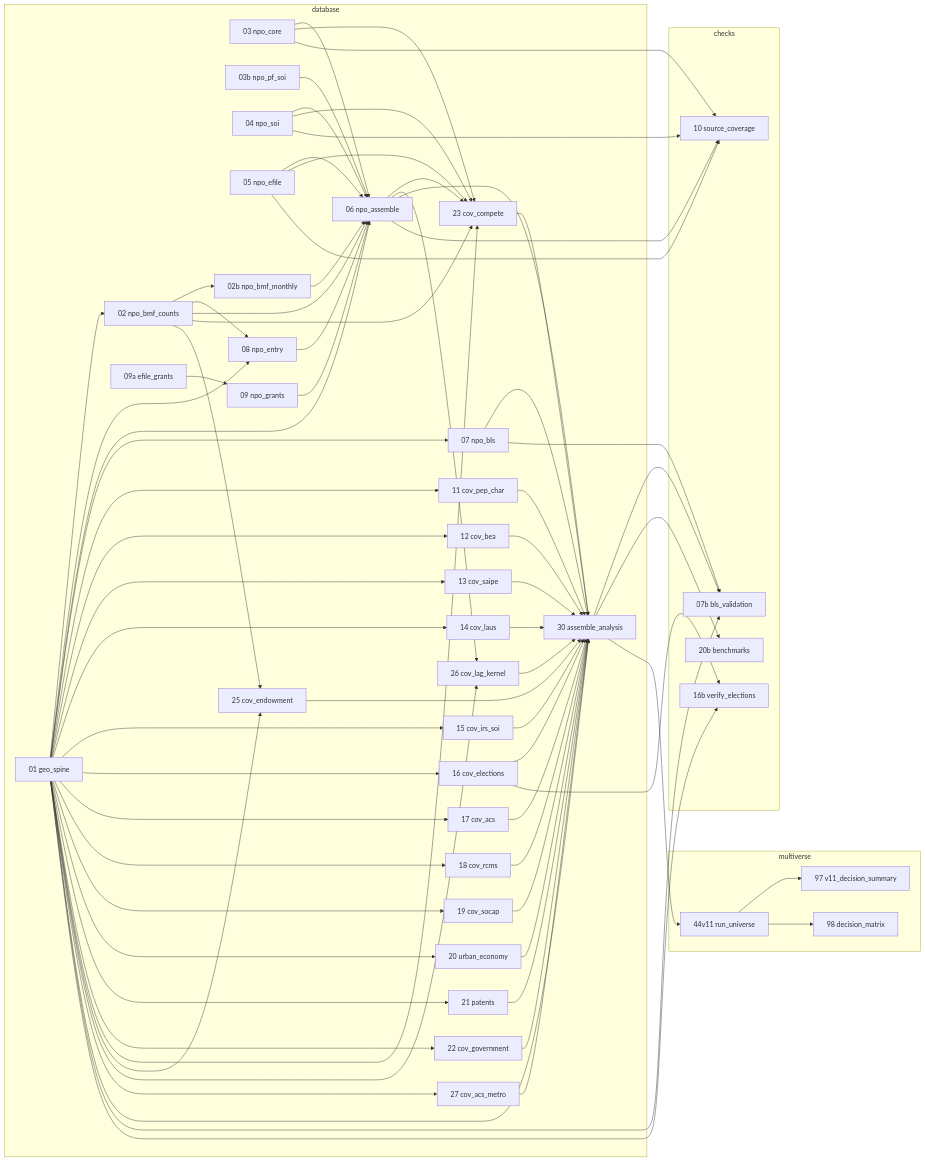
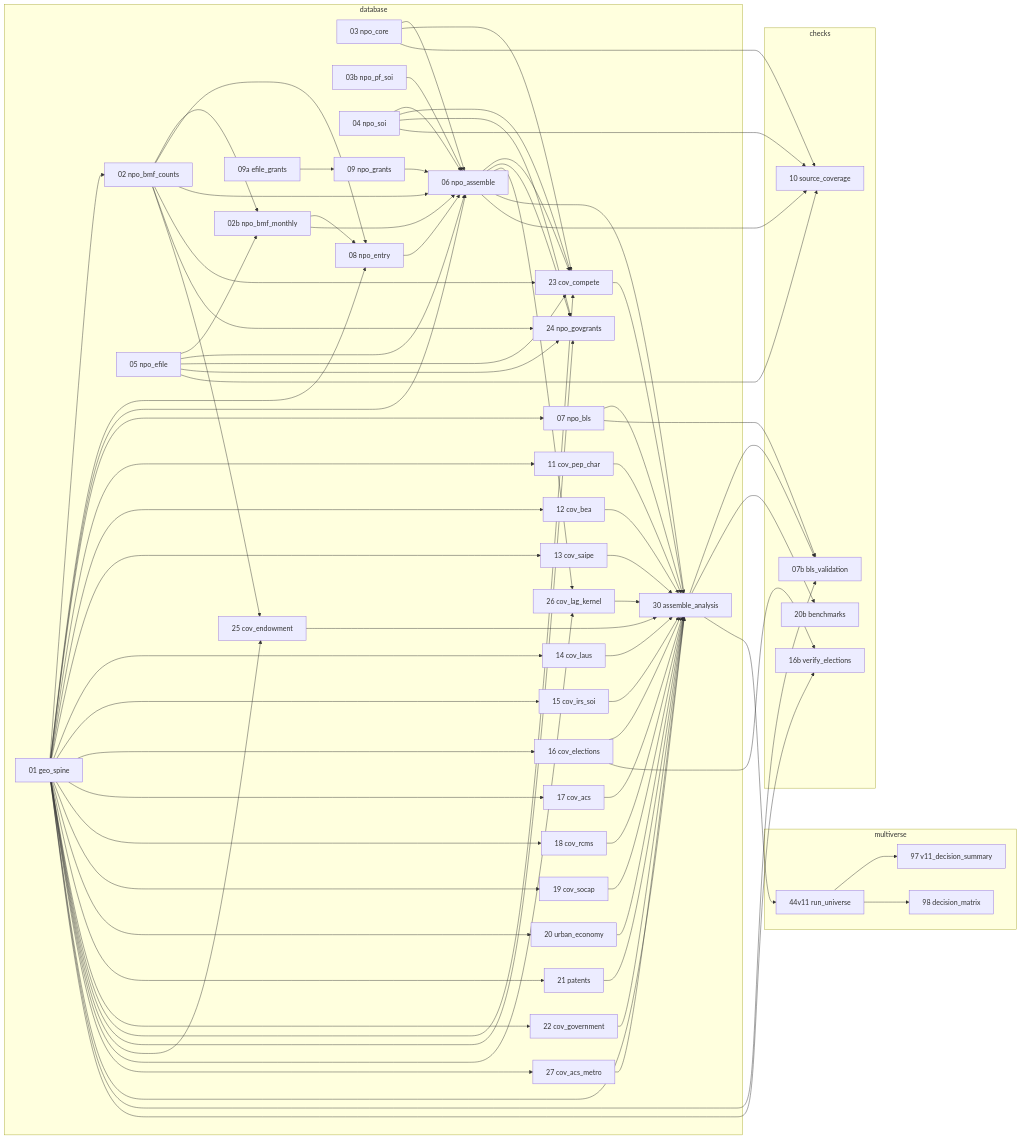
The diagram in env/pipeline_graph.md (lecy/multiverse), drawn with Mermaid before and after one commit. The commit also changed 10 other files, not shown here.

```diff
--- a/env/pipeline_graph.md
+++ b/env/pipeline_graph.md
@@ -31,6 +31,7 @@
     s21["21 patents"]
     s22["22 cov_government"]
     s23["23 cov_compete"]
+    s24["24 npo_govgrants"]
     s25["25 cov_endowment"]
     s26["26 cov_lag_kernel"]
     s27["27 cov_acs_metro"]
@@ -49,8 +50,10 @@
   end
   s01 --> s02
   s02 --> s02b
+  s05 --> s02b
   s01 --> s08
   s02 --> s08
+  s02b --> s08
   s09a --> s09
   s03 --> s06
   s04 --> s06
@@ -80,6 +83,11 @@
   s02 --> s23
   s06 --> s23
   s01 --> s23
+  s04 --> s24
+  s05 --> s24
+  s02 --> s24
+  s06 --> s24
+  s01 --> s24
   s02 --> s25
   s01 --> s25
   s01 --> s26
```
